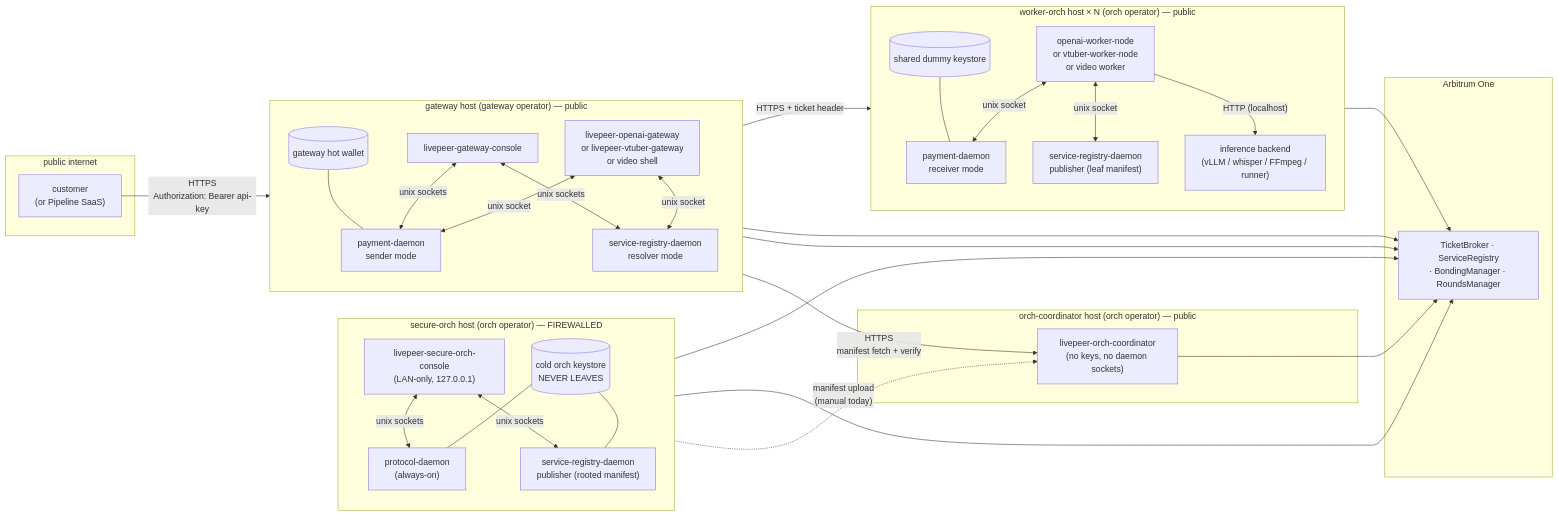
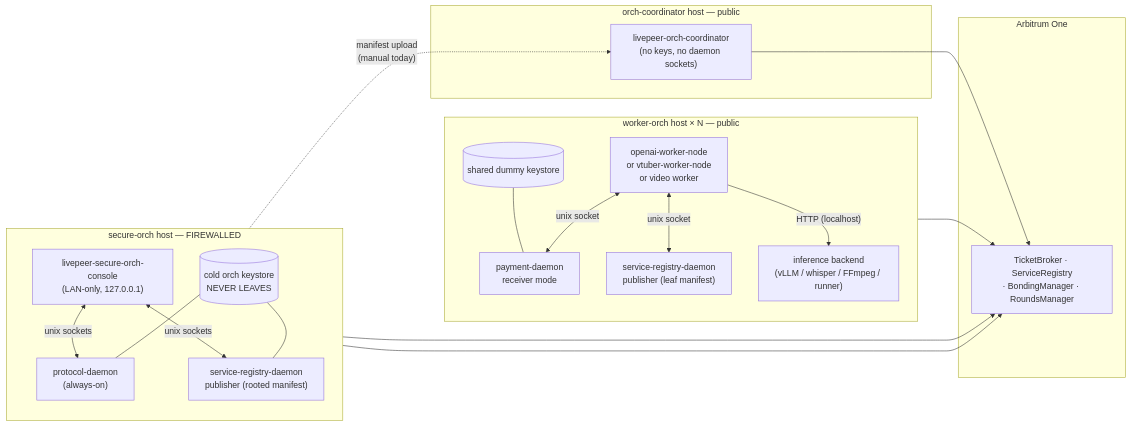
Before and after one commit to Cloud-SPE/livepeer-network-suite: the second of 9 diagrams in docs/design-docs/suite-architecture.md, drawn with Mermaid. The commit also changed other lines of this file, not shown here.

First line of the commit message:
docs: split trust-zones and OpenAI flow diagrams for readability

````diff
--- a/docs/design-docs/suite-architecture.md
+++ b/docs/design-docs/suite-architecture.md
@@ -97,69 +107,44 @@
 ```mermaid
 flowchart LR
-    subgraph internet["public internet"]
-        CUST["customer<br/>(or Pipeline SaaS)"]
-    end
-
-    subgraph secure_host["secure-orch host (orch operator) — FIREWALLED"]
+    subgraph secure_host["secure-orch host — FIREWALLED"]
         direction TB
         SO_CON["livepeer-secure-orch-console<br/>(LAN-only, 127.0.0.1)"]
         PRD["protocol-daemon<br/>(always-on)"]
         SO_SR["service-registry-daemon<br/>publisher (rooted manifest)"]
         COLD[("cold orch keystore<br/>NEVER LEAVES")]
     end
 
-    subgraph coord_host["orch-coordinator host (orch operator) — public"]
+    subgraph coord_host["orch-coordinator host — public"]
         OC["livepeer-orch-coordinator<br/>(no keys, no daemon sockets)"]
     end
 
-    subgraph worker_host["worker-orch host × N (orch operator) — public"]
+    subgraph worker_host["worker-orch host × N — public"]
         direction TB
         WN["openai-worker-node<br/>or vtuber-worker-node<br/>or video worker"]
         W_PD["payment-daemon<br/>receiver mode"]
         W_SR["service-registry-daemon<br/>publisher (leaf manifest)"]
         W_DUMMY[("shared dummy keystore")]
         W_BACKEND["inference backend<br/>(vLLM / whisper / FFmpeg / runner)"]
     end
 
-    subgraph gw_host["gateway host (gateway operator) — public"]
-        direction TB
-        GW_APP["livepeer-openai-gateway<br/>or livepeer-vtuber-gateway<br/>or video shell"]
-        GW_PD["payment-daemon<br/>sender mode"]
-        GW_SR["service-registry-daemon<br/>resolver mode"]
-        GW_CON["livepeer-gateway-console"]
-        GW_HOTKEY[("gateway hot wallet")]
-    end
-
     subgraph chain["Arbitrum One"]
         CHAIN_C["TicketBroker · ServiceRegistry<br/>· BondingManager · RoundsManager"]
     end
 
-    CUST -- "HTTPS<br/>Authorization: Bearer api-key" --> GW_APP
-    GW_APP -- "HTTPS + ticket header" --> WN
-    GW_APP <-- "unix socket" --> GW_PD
-    GW_APP <-- "unix socket" --> GW_SR
-    GW_CON <-- "unix sockets" --> GW_PD
-    GW_CON <-- "unix sockets" --> GW_SR
+    SO_CON <-- "unix sockets" --> PRD
+    SO_CON <-- "unix sockets" --> SO_SR
+    COLD --- PRD
+    COLD --- SO_SR
+
+    SO_SR -. "manifest upload<br/>(manual today)" .-> OC
 
     WN <-- "unix socket" --> W_PD
     WN <-- "unix socket" --> W_SR
     WN -- "HTTP (localhost)" --> W_BACKEND
-
-    SO_CON <-- "unix sockets" --> PRD
-    SO_CON <-- "unix sockets" --> SO_SR
-
-    GW_SR -- "HTTPS<br/>manifest fetch + verify" --> OC
-    SO_SR -. "manifest upload<br/>(manual today)" .-> OC
+    W_DUMMY --- W_PD
 
     PRD --> CHAIN_C
-    GW_PD --> CHAIN_C
     W_PD --> CHAIN_C
-    GW_SR --> CHAIN_C
     SO_SR --> CHAIN_C
     OC --> CHAIN_C
-
-    COLD --- PRD
-    COLD --- SO_SR
-    W_DUMMY --- W_PD
-    GW_HOTKEY --- GW_PD
 ```
````
